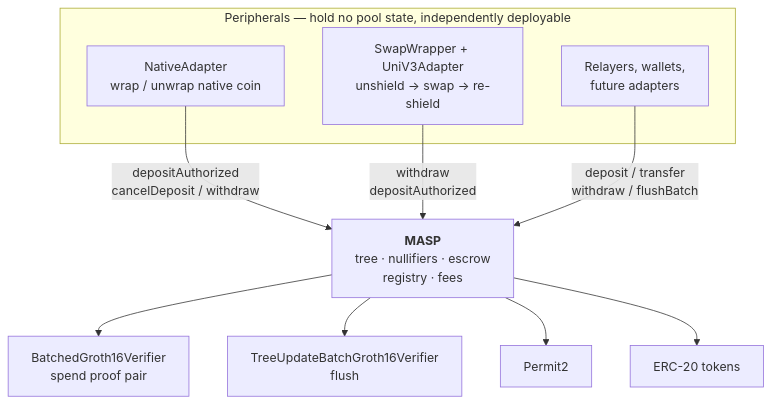
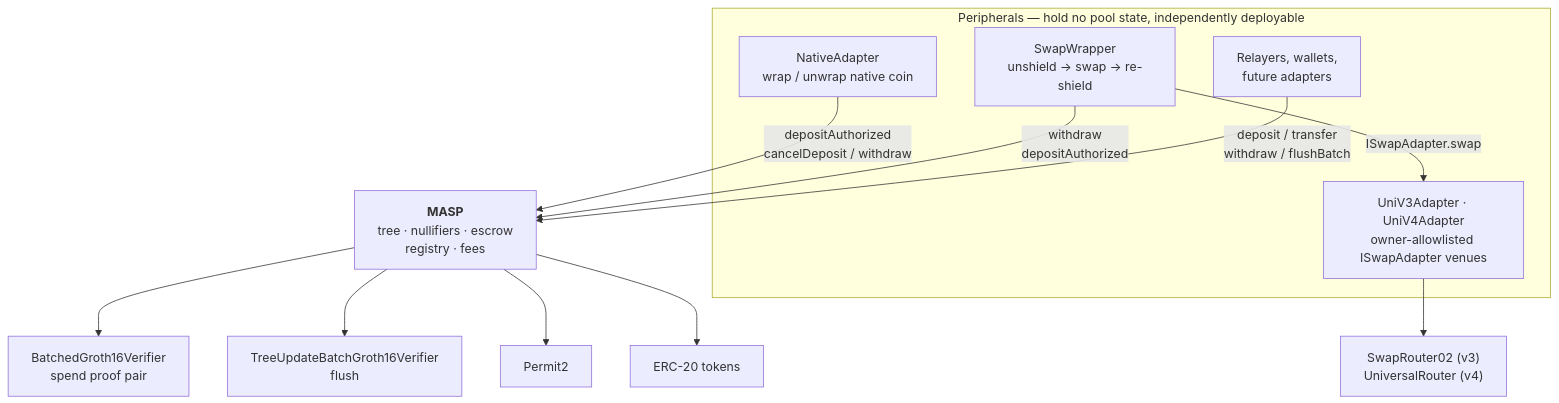
The diagram in README.md (lelantos-org/contracts), drawn with Mermaid before and after one commit. The commit also changed 1 other file, not shown here.

````diff
--- a/README.md
+++ b/README.md
@@ -25,16 +25,19 @@
 ```mermaid
 flowchart TB
   subgraph P["Peripherals — hold no pool state, independently deployable"]
     NA["NativeAdapter<br/>wrap / unwrap native coin"]
-    SW["SwapWrapper + UniV3Adapter<br/>unshield → swap → re-shield"]
+    SW["SwapWrapper<br/>unshield → swap → re-shield"]
+    AD["UniV3Adapter · UniV4Adapter<br/>owner-allowlisted ISwapAdapter venues"]
     U["Relayers, wallets,<br/>future adapters"]
   end
   M["<b>MASP</b><br/>tree · nullifiers · escrow<br/>registry · fees"]
   NA -->|"depositAuthorized<br/>cancelDeposit / withdraw"| M
   SW -->|"withdraw<br/>depositAuthorized"| M
+  SW -->|"ISwapAdapter.swap"| AD
+  AD --> RT["SwapRouter02 (v3)<br/>UniversalRouter (v4)"]
   U -->|"deposit / transfer<br/>withdraw / flushBatch"| M
   M --> V["BatchedGroth16Verifier<br/>spend proof pair"]
   M --> V2["TreeUpdateBatchGroth16Verifier<br/>flush"]
   M --> P2["Permit2"]
   M --> T["ERC-20 tokens"]
 ```
````
